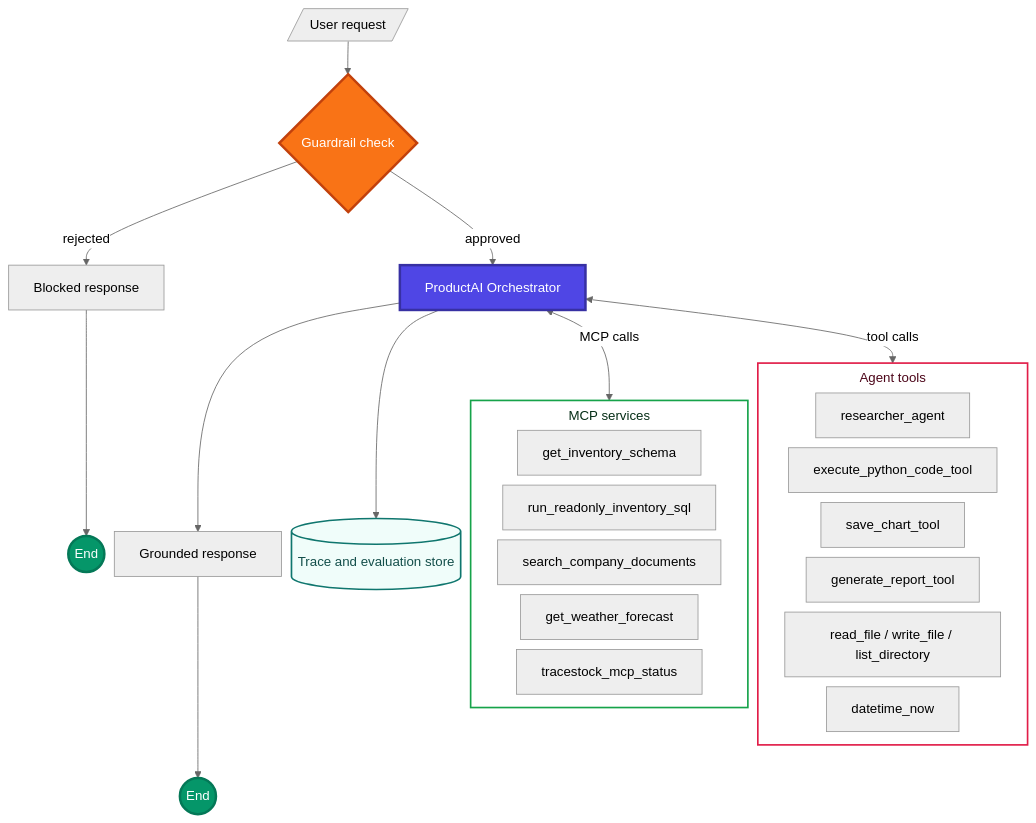
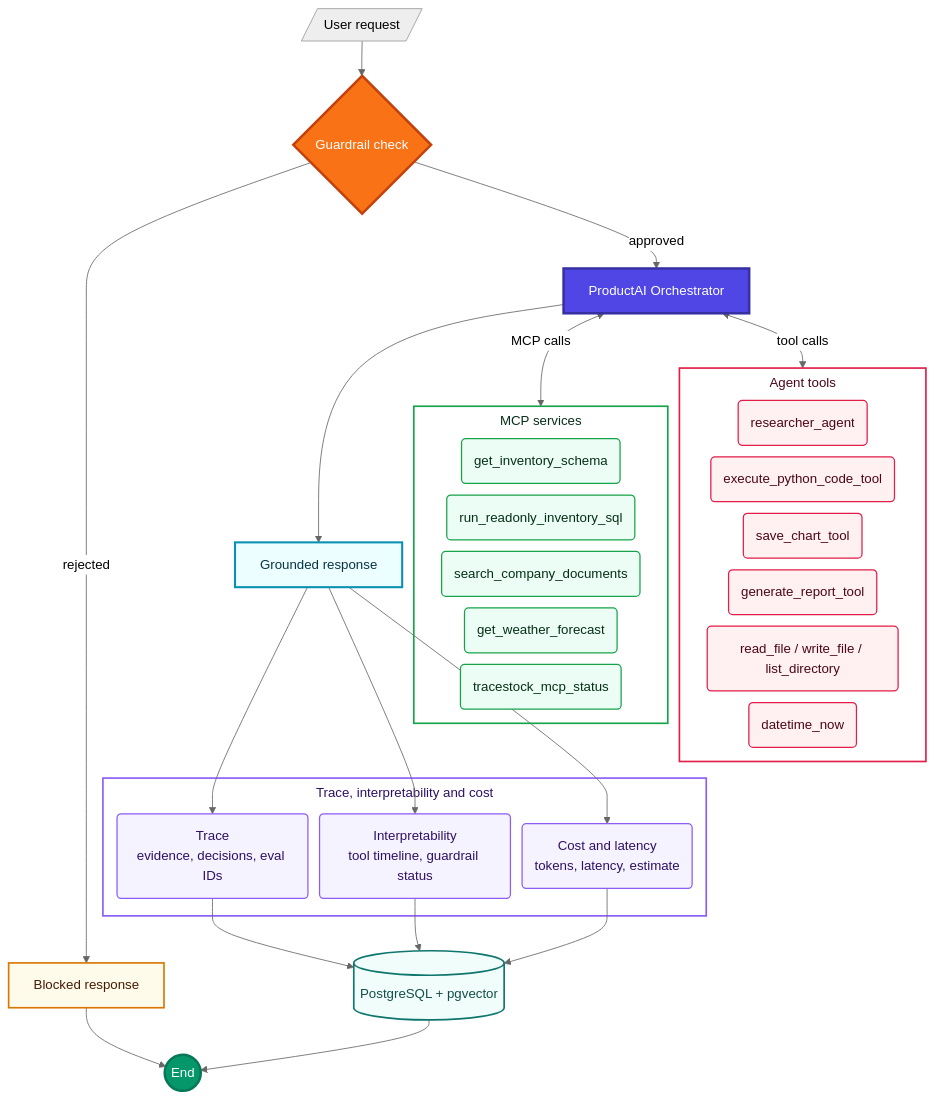
The diagram in frontend/public/generated/productai_agent_full_graph.mmd (badhon1512/DevAnalystAgent), drawn with Mermaid (neutral theme) before and after one commit. The commit also changed 3 other files, not shown here.

First line of the commit message:
Add observability detail to agent graph, converge on one end state

```diff
--- a/frontend/public/generated/productai_agent_full_graph.mmd
+++ b/frontend/public/generated/productai_agent_full_graph.mmd
@@ -1,37 +1,58 @@
-%%{init: {"flowchart": {"nodeSpacing": 12, "rankSpacing": 40, "subGraphTitleMargin": {"top": 6, "bottom": 14}}}}%%
+%%{init: {"flowchart": {"nodeSpacing": 14, "rankSpacing": 42, "subGraphTitleMargin": {"top": 6, "bottom": 16}}}}%%
 flowchart TB
     USER[/User request/] --> GUARD{Guardrail check}
-    GUARD -->|rejected| BLOCKED[Blocked response] --> ENDB((End))
+    GUARD -->|rejected| BLOCKED[Blocked response]
     GUARD -->|approved| O[ProductAI Orchestrator]
 
     O <-->|MCP calls| MCP
     O <-->|tool calls| TOOLS
 
     subgraph MCP[MCP services]
-        M1[get_inventory_schema]
-        M2[run_readonly_inventory_sql]
-        M3[search_company_documents]
-        M4[get_weather_forecast]
-        M5[tracestock_mcp_status]
+        M1("get_inventory_schema"):::mcpNode
+        M2("run_readonly_inventory_sql"):::mcpNode
+        M3("search_company_documents"):::mcpNode
+        M4("get_weather_forecast"):::mcpNode
+        M5("tracestock_mcp_status"):::mcpNode
     end
 
     subgraph TOOLS[Agent tools]
-        T1[researcher_agent]
-        T2[execute_python_code_tool]
-        T3[save_chart_tool]
-        T4[generate_report_tool]
-        T5[read_file / write_file / list_directory]
-        T6[datetime_now]
+        T1("researcher_agent"):::toolNode
+        T2("execute_python_code_tool"):::toolNode
+        T3("save_chart_tool"):::toolNode
+        T4("generate_report_tool"):::toolNode
+        T5("read_file / write_file / list_directory"):::toolNode
+        T6("datetime_now"):::toolNode
     end
 
     O --> ANSWER[Grounded response]
-    ANSWER --> ENDM((End))
-    O --> DB[(Trace and evaluation store)]
+
+    subgraph OBS[Trace, interpretability and cost]
+        TRACE("Trace<br/>evidence, decisions, eval IDs"):::obsNode
+        INTERP("Interpretability<br/>tool timeline, guardrail status"):::obsNode
+        COST("Cost and latency<br/>tokens, latency, estimate"):::obsNode
+    end
+
+    ANSWER --> TRACE
+    ANSWER --> INTERP
+    ANSWER --> COST
+
+    TRACE --> STORE[(PostgreSQL + pgvector)]
+    INTERP --> STORE
+    COST --> STORE
+
+    BLOCKED --> FINISH((End))
+    STORE --> FINISH
+
+    classDef mcpNode fill:#ECFDF5,stroke:#16A34A,stroke-width:1.5px,color:#052E16
+    classDef toolNode fill:#FFF1F2,stroke:#E11D48,stroke-width:1.5px,color:#4C0519
+    classDef obsNode fill:#F5F3FF,stroke:#8B5CF6,stroke-width:1.5px,color:#2E1065
 
     style GUARD fill:#F97316,color:#ffffff,stroke:#C2410C,stroke-width:3px
     style O fill:#4F46E5,color:#ffffff,stroke:#3730A3,stroke-width:3px
-    style ENDB fill:#059669,color:#ffffff,stroke:#047857,stroke-width:3px
-    style ENDM fill:#059669,color:#ffffff,stroke:#047857,stroke-width:3px
-    style DB fill:#F0FDFA,color:#134E4A,stroke:#0F766E,stroke-width:2px
+    style ANSWER fill:#ECFEFF,stroke:#0891B2,stroke-width:2.5px,color:#083344
+    style BLOCKED fill:#FFFBEB,stroke:#D97706,stroke-width:2px,color:#451A03
+    style STORE fill:#F0FDFA,stroke:#0F766E,stroke-width:2px,color:#134E4A
+    style FINISH fill:#059669,color:#ffffff,stroke:#047857,stroke-width:3px
     style MCP fill:transparent,stroke:#16A34A,stroke-width:2px,color:#052E16
     style TOOLS fill:transparent,stroke:#E11D48,stroke-width:2px,color:#4C0519
+    style OBS fill:transparent,stroke:#8B5CF6,stroke-width:2px,color:#2E1065
```
